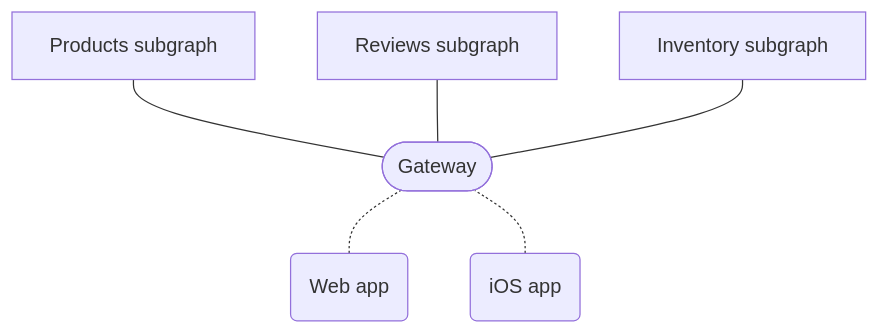
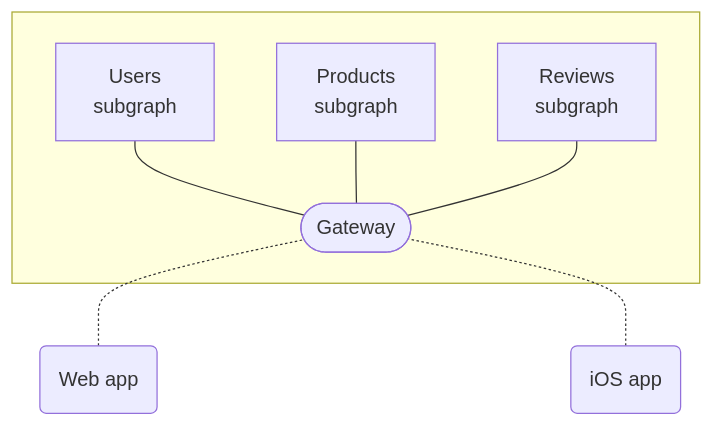
Before and after one commit to apollographql/federation: the diagram in docs/shared/diagrams/federation-architecture.mdx, drawn with Mermaid. The commit also changed 77 other files, not shown here.

````diff
--- a/docs/shared/diagrams/federation-architecture.mdx
+++ b/docs/shared/diagrams/federation-architecture.mdx
@@ -1,12 +1,14 @@
 ```mermaid
 graph BT;
   webapp(Web app);
   iosapp(iOS app);
+  subgraph " ";
   gateway([Gateway]);
-  serviceA[Products subgraph];
-  serviceB[Reviews subgraph];
-  serviceC[Inventory subgraph];
+  serviceA[Users<br/>subgraph];
+  serviceB[Products<br/>subgraph];
+  serviceC[Reviews<br/>subgraph];
+  end;
   webapp & iosapp -.- gateway;
   gateway --- serviceA & serviceB & serviceC;
-  class webapp,iosapp tertiary;
+  class webapp,iosapp secondary;
 ```
````
